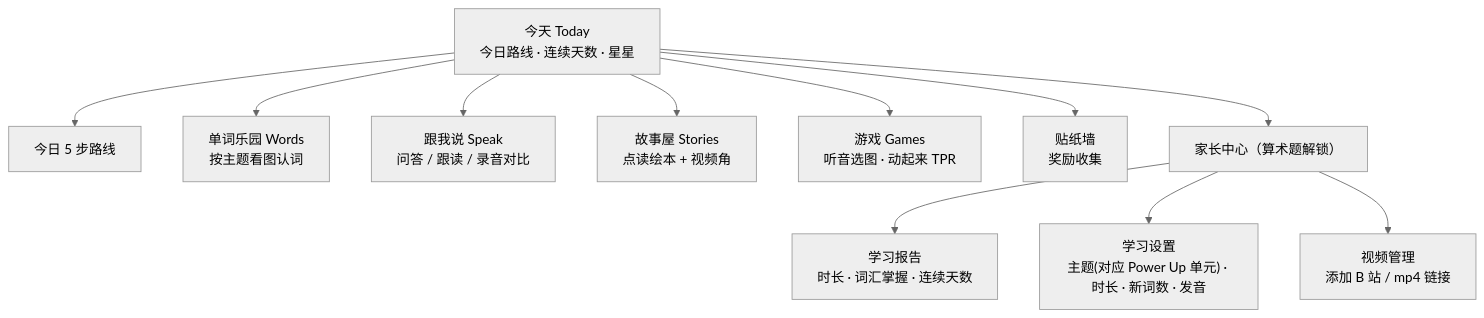
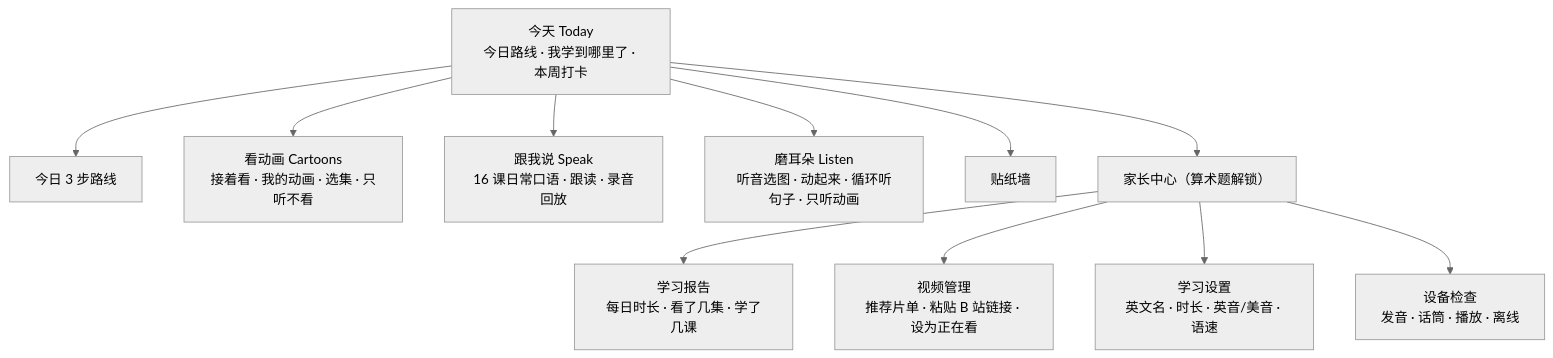
One commit to Chaos-yi/Young-Learners-English changed the diagram in docs/plan.md. Above: the diagram before and after it, drawn with Mermaid (neutral theme). The commit also changed other lines of this file and 8 other files, not shown here.

````diff
--- a/docs/plan.md
+++ b/docs/plan.md
@@ -66,13 +60,13 @@
 ```mermaid
 flowchart TD
-  Home["今天 Today<br/>今日路线 · 连续天数 · 星星"] --> Flow["今日 5 步路线"]
-  Home --> Words["单词乐园 Words<br/>按主题看图认词"]
-  Home --> Speak["跟我说 Speak<br/>问答 / 跟读 / 录音对比"]
-  Home --> Stories["故事屋 Stories<br/>点读绘本 + 视频角"]
-  Home --> Games["游戏 Games<br/>听音选图 · 动起来 TPR"]
-  Home --> Stickers["贴纸墙<br/>奖励收集"]
+  Home["今天 Today<br/>今日路线 · 我学到哪里了 · 本周打卡"] --> Route["今日 3 步路线"]
+  Home --> Videos["看动画 Cartoons<br/>接着看 · 我的动画 · 选集 · 只听不看"]
+  Home --> Speak["跟我说 Speak<br/>16 课日常口语 · 跟读 · 录音回放"]
+  Home --> Listen["磨耳朵 Listen<br/>听音选图 · 动起来 · 循环听句子 · 只听动画"]
+  Home --> Stickers["贴纸墙"]
   Home --> Parent["家长中心（算术题解锁）"]
-  Parent --> Report["学习报告<br/>时长 · 词汇掌握 · 连续天数"]
-  Parent --> Settings["学习设置<br/>主题(对应 Power Up 单元) · 时长 · 新词数 · 发音"]
-  Parent --> Videos["视频管理<br/>添加 B 站 / mp4 链接"]
+  Parent --> Report["学习报告<br/>每日时长 · 看了几集 · 学了几课"]
+  Parent --> Manage["视频管理<br/>推荐片单 · 粘贴 B 站链接 · 设为正在看"]
+  Parent --> Settings["学习设置<br/>英文名 · 时长 · 英音/美音 · 语速"]
+  Parent --> Device["设备检查<br/>发音 · 话筒 · 播放 · 离线"]
 ```
````
